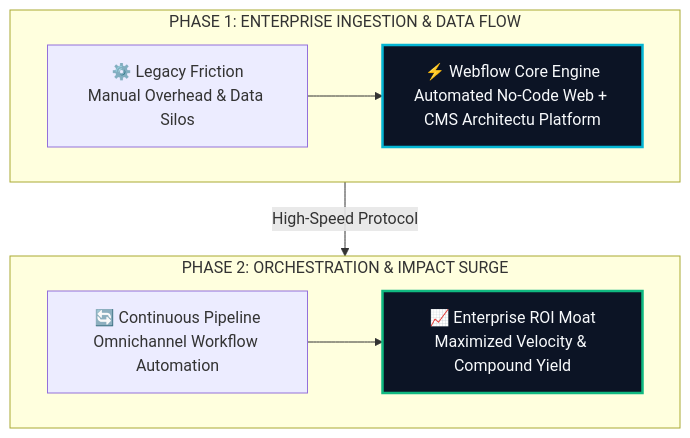
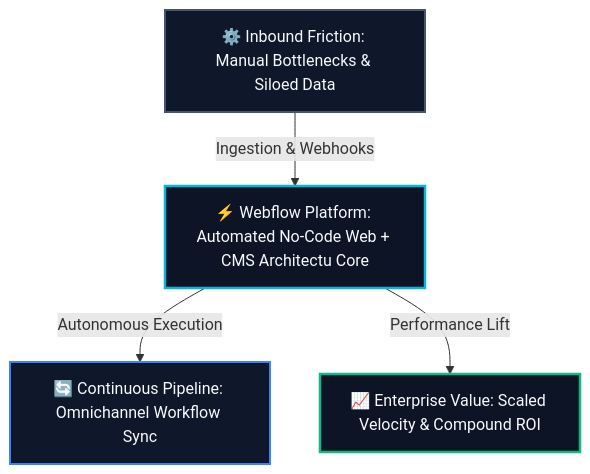
One commit to heliatech-media/saas-radar changed the diagram in site/src/content/blog/webflow-evolution-guide-2026.md. Above: the diagram before and after it, drawn with Mermaid. The commit also changed 93 other files, not shown here.

First line of the commit message:
fix(diagrams): resolve dagre-d3 subgraph collision by migrating to balanced 3-tier Hub & Spoke architecture

````diff
--- a/site/src/content/blog/webflow-evolution-guide-2026.md
+++ b/site/src/content/blog/webflow-evolution-guide-2026.md
@@ -57,14 +57,14 @@
 ```mermaid
 flowchart TD
-    subgraph S1["PHASE 1: ENTERPRISE INGESTION & DATA FLOW"]
-        direction LR
-        A["⚙️ Legacy Friction<br/>Manual Overhead & Data Silos"] --> B["⚡ Webflow Core Engine<br/>Automated No-Code Web + CMS Architectu Platform"]
-    end
-    subgraph S2["PHASE 2: ORCHESTRATION & IMPACT SURGE"]
-        direction LR
-        C["🔄 Continuous Pipeline<br/>Omnichannel Workflow Automation"] --> D["📈 Enterprise ROI Moat<br/>Maximized Velocity & Compound Yield"]
-    end
-    S1 -->|High-Speed Protocol| S2
-    style B fill:#0c1425,stroke:#06b6d4,stroke-width:2.5px,color:#f8fafc
-    style D fill:#0c1425,stroke:#10b981,stroke-width:2.5px,color:#f8fafc
+    Inp["⚙️ Inbound Friction: Manual Bottlenecks & Siloed Data"]
+    Eng["⚡ Webflow Platform: Automated No-Code Web + CMS Architectu Core"]
+    Out1["🔄 Continuous Pipeline: Omnichannel Workflow Sync"]
+    Out2["📈 Enterprise Value: Scaled Velocity & Compound ROI"]
+    Inp -->|Ingestion & Webhooks| Eng
+    Eng -->|Autonomous Execution| Out1
+    Eng -->|Performance Lift| Out2
+    style Inp fill:#0f172a,stroke:#475569,stroke-width:2px,color:#f8fafc
+    style Eng fill:#0c1425,stroke:#06b6d4,stroke-width:2.5px,color:#f8fafc
+    style Out1 fill:#0f172a,stroke:#3b82f6,stroke-width:2px,color:#f8fafc
+    style Out2 fill:#0c1425,stroke:#10b981,stroke-width:2.5px,color:#f8fafc
 ```
````
